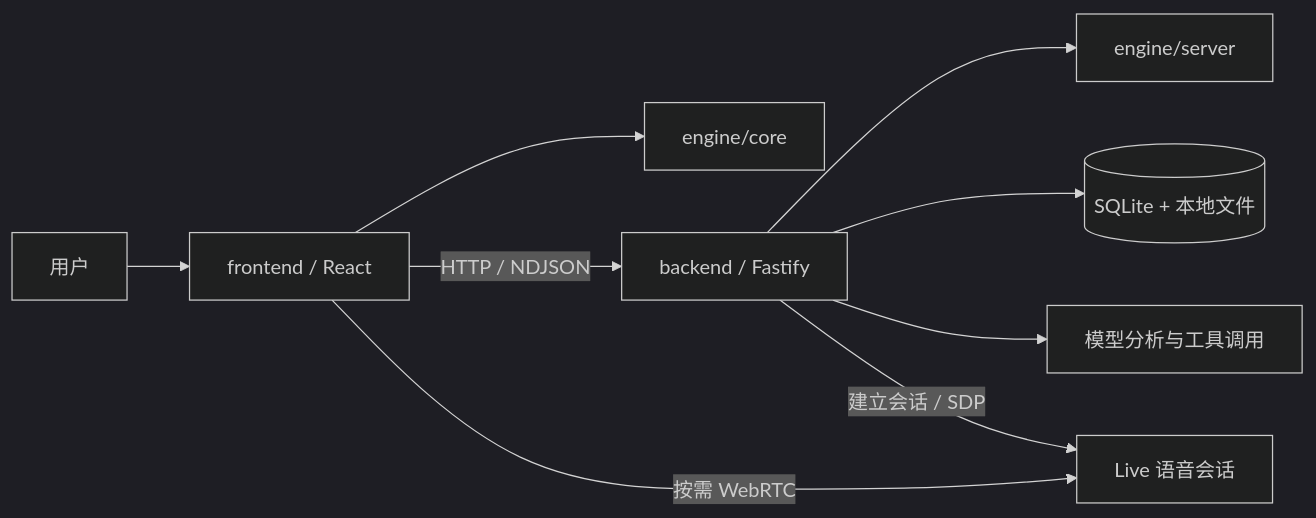
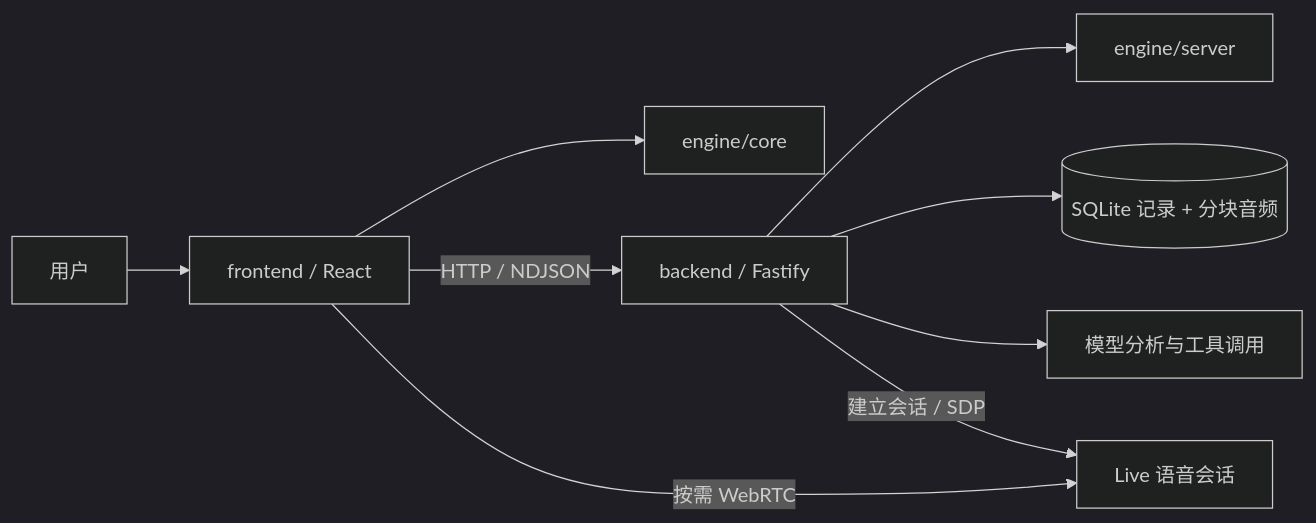
Before and after one commit to CCGV2/aside: the first of 2 diagrams in .docs/architecture.md, drawn with Mermaid (dark theme). The commit also changed other lines of this file and 94 other files, not shown here.

````diff
--- a/.docs/architecture.md
+++ b/.docs/architecture.md
@@ -7,11 +7,11 @@
 ```mermaid
 flowchart LR
   U[用户] --> F[frontend / React]
   F --> C[engine/core]
   F -->|HTTP / NDJSON| B[backend / Fastify]
   B --> S[engine/server]
-  B --> D[(SQLite + 本地文件)]
+  B --> D[(SQLite 记录 + 分块音频)]
   B --> M[模型分析与工具调用]
   F -->|按需 WebRTC| L[Live 语音会话]
   B -->|建立会话 / SDP| L
 ```
````
